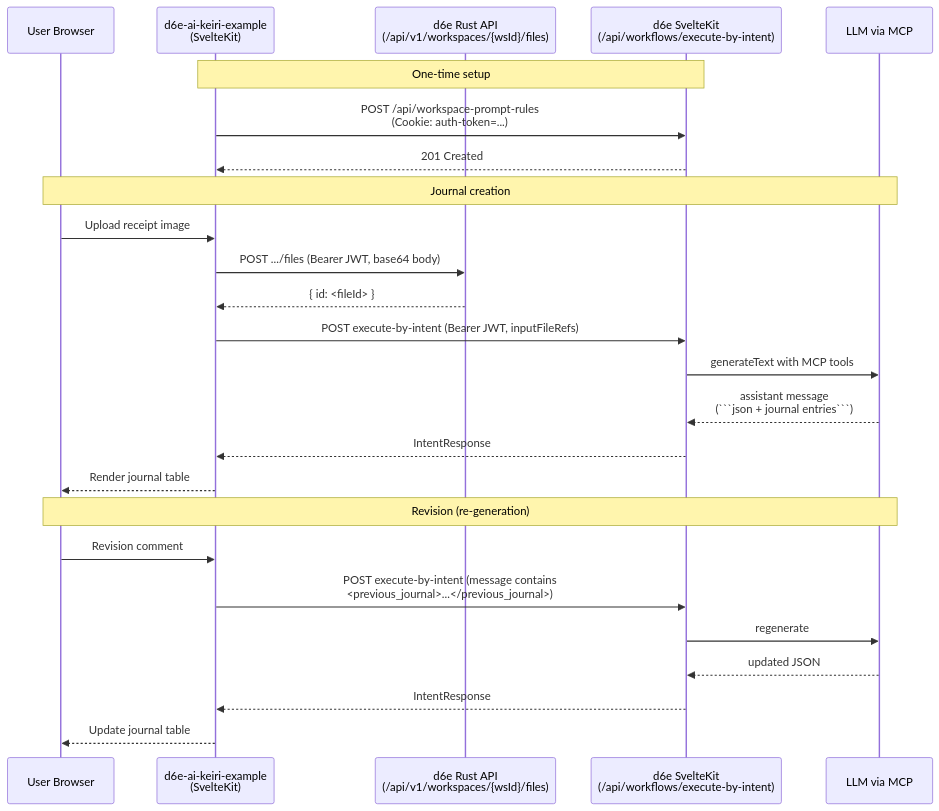
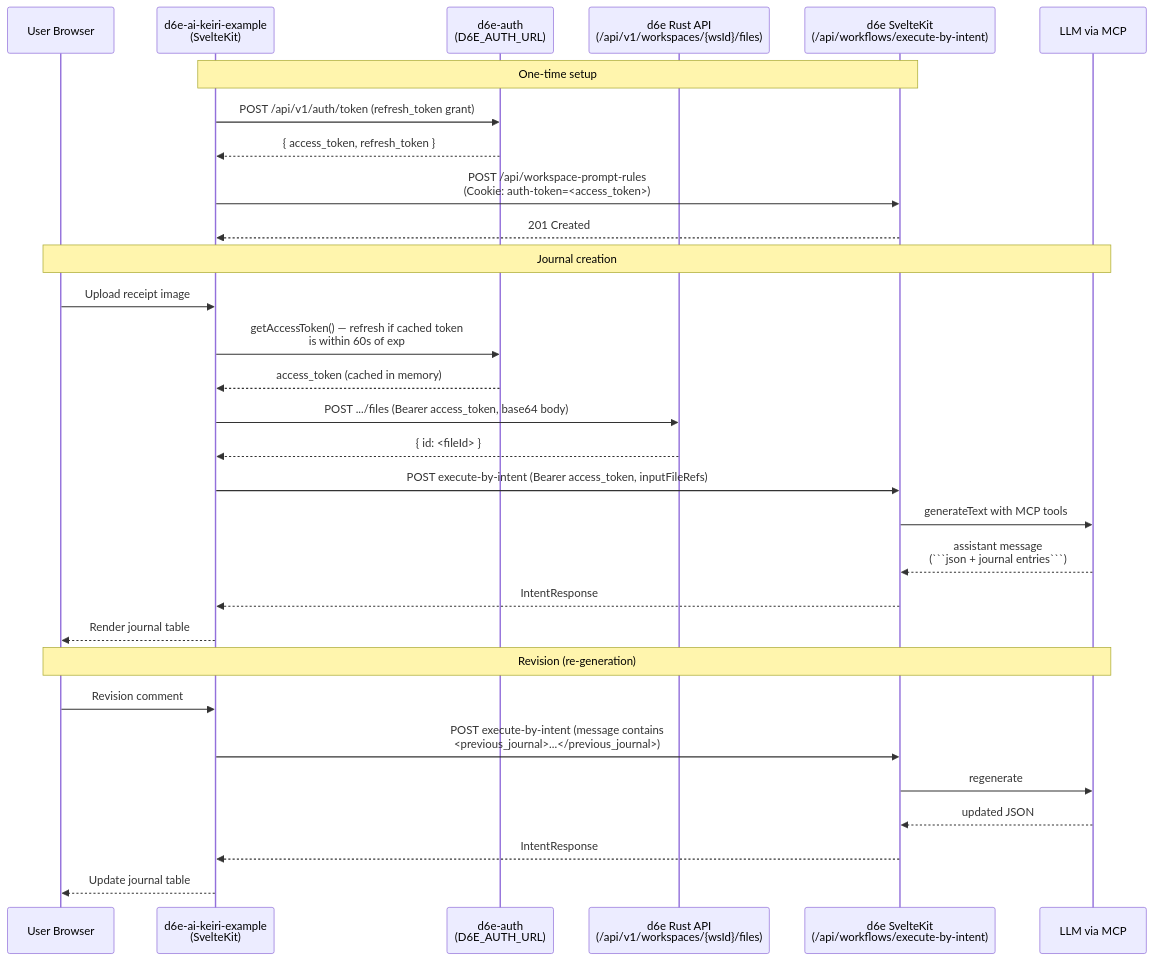
The diagram in docs/architecture.md (d6e-ai/d6e-ai-keiri-example), drawn with Mermaid before and after one commit. The commit also changed other lines of this file and 11 other files, not shown here.

First line of the commit message:
Switch d6e auth to server-side refresh-token flow

````diff
--- a/docs/architecture.md
+++ b/docs/architecture.md
@@ -8,30 +8,35 @@
 ```mermaid
 sequenceDiagram
     participant User as User Browser
     participant App as d6e-ai-keiri-example<br/>(SvelteKit)
+    participant Auth as d6e-auth<br/>(D6E_AUTH_URL)
     participant Files as d6e Rust API<br/>(/api/v1/workspaces/{wsId}/files)
     participant Intent as d6e SvelteKit<br/>(/api/workflows/execute-by-intent)
     participant LLM as LLM via MCP
 
     Note over App,Intent: One-time setup
-    App->>Intent: POST /api/workspace-prompt-rules<br/>(Cookie: auth-token=...)
+    App->>Auth: POST /api/v1/auth/token (refresh_token grant)
+    Auth-->>App: { access_token, refresh_token }
+    App->>Intent: POST /api/workspace-prompt-rules<br/>(Cookie: auth-token=<access_token>)
     Intent-->>App: 201 Created
 
     Note over User,LLM: Journal creation
     User->>App: Upload receipt image
-    App->>Files: POST .../files (Bearer JWT, base64 body)
+    App->>Auth: getAccessToken() — refresh if cached token<br/>is within 60s of exp
+    Auth-->>App: access_token (cached in memory)
+    App->>Files: POST .../files (Bearer access_token, base64 body)
     Files-->>App: { id: <fileId> }
-    App->>Intent: POST execute-by-intent (Bearer JWT, inputFileRefs)
+    App->>Intent: POST execute-by-intent (Bearer access_token, inputFileRefs)
     Intent->>LLM: generateText with MCP tools
     LLM-->>Intent: assistant message<br/>(```json + journal entries```)
     Intent-->>App: IntentResponse
     App-->>User: Render journal table
 
     Note over User,LLM: Revision (re-generation)
     User->>App: Revision comment
     App->>Intent: POST execute-by-intent (message contains<br/><previous_journal>...</previous_journal>)
     Intent->>LLM: regenerate
     LLM-->>Intent: updated JSON
     Intent-->>App: IntentResponse
     App-->>User: Update journal table
 ```
````
